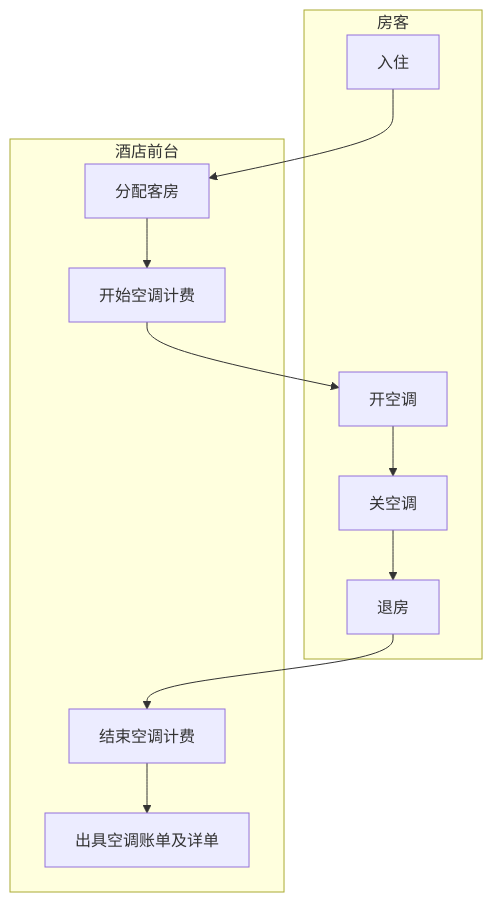
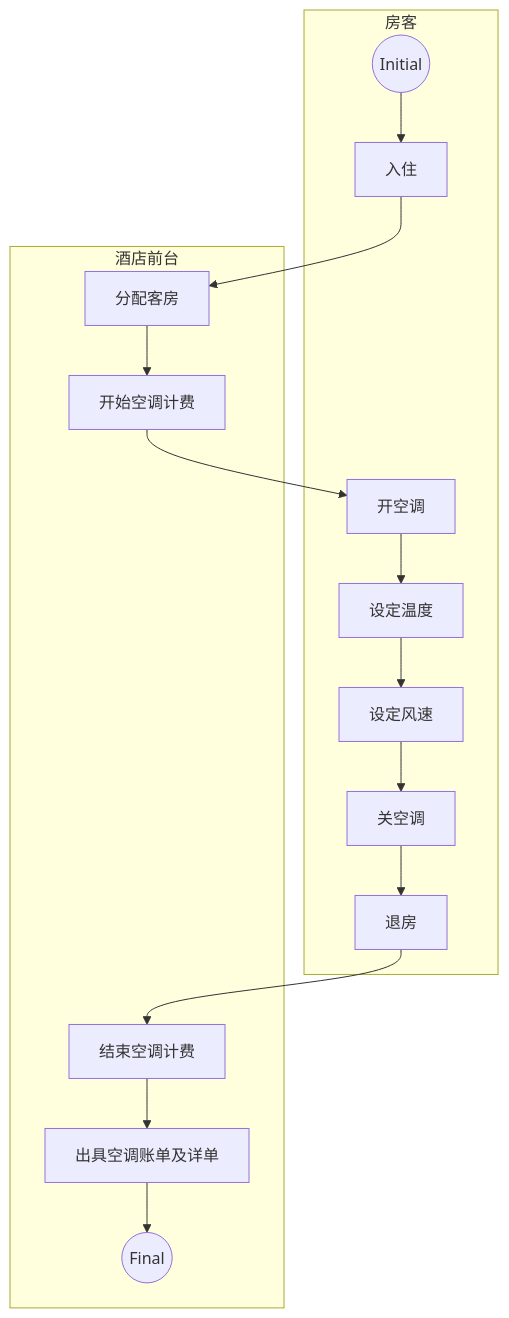
Before and after one commit to SimonGH0STRiley/AirConditioningManagementSystem: the second of 2 diagrams in 分布式温控系统的需求定义及其领域模型.md, drawn with Mermaid. The commit also changed other lines of this file, not shown here.

````diff
--- a/分布式温控系统的需求定义及其领域模型.md
+++ b/分布式温控系统的需求定义及其领域模型.md
@@ -58,17 +78,20 @@
 ```mermaid
 graph TB
 	
     A0-->B0
     B1-->A1
-    A3-->B2
+    A5-->B2
     subgraph 房客
-    	A0[入住]
-    	A1[开空调]-->A2[关空调]
-    	A2-->A3[退房]
+    	InitialState((Initial))-->A0[入住]
+    	A1[开空调]-->A2[设定温度]
+    	A2-->A3[设定风速]
+    	A3-->A4[关空调]
+    	A4-->A5[退房]
     end 
     
     subgraph 酒店前台
     	B0[分配客房]-->B1[开始空调计费]
     	B2[结束空调计费]-->B3[出具空调账单及详单]
+    	B3-->FinalState((Final))
     end
 ```
````
